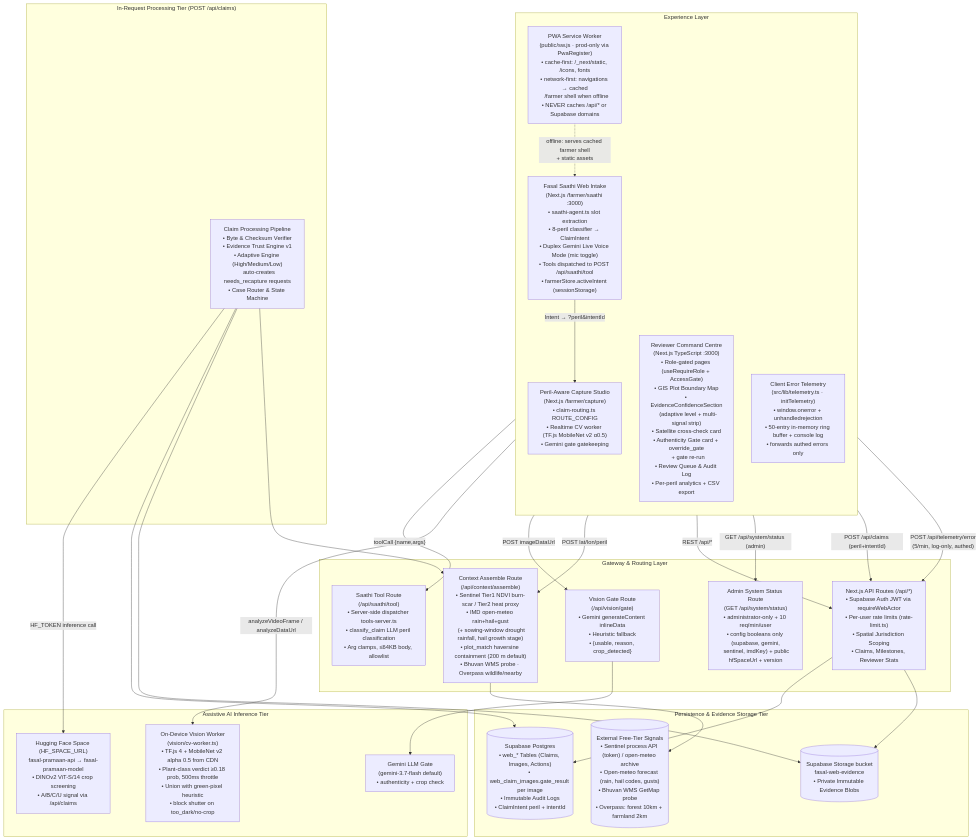
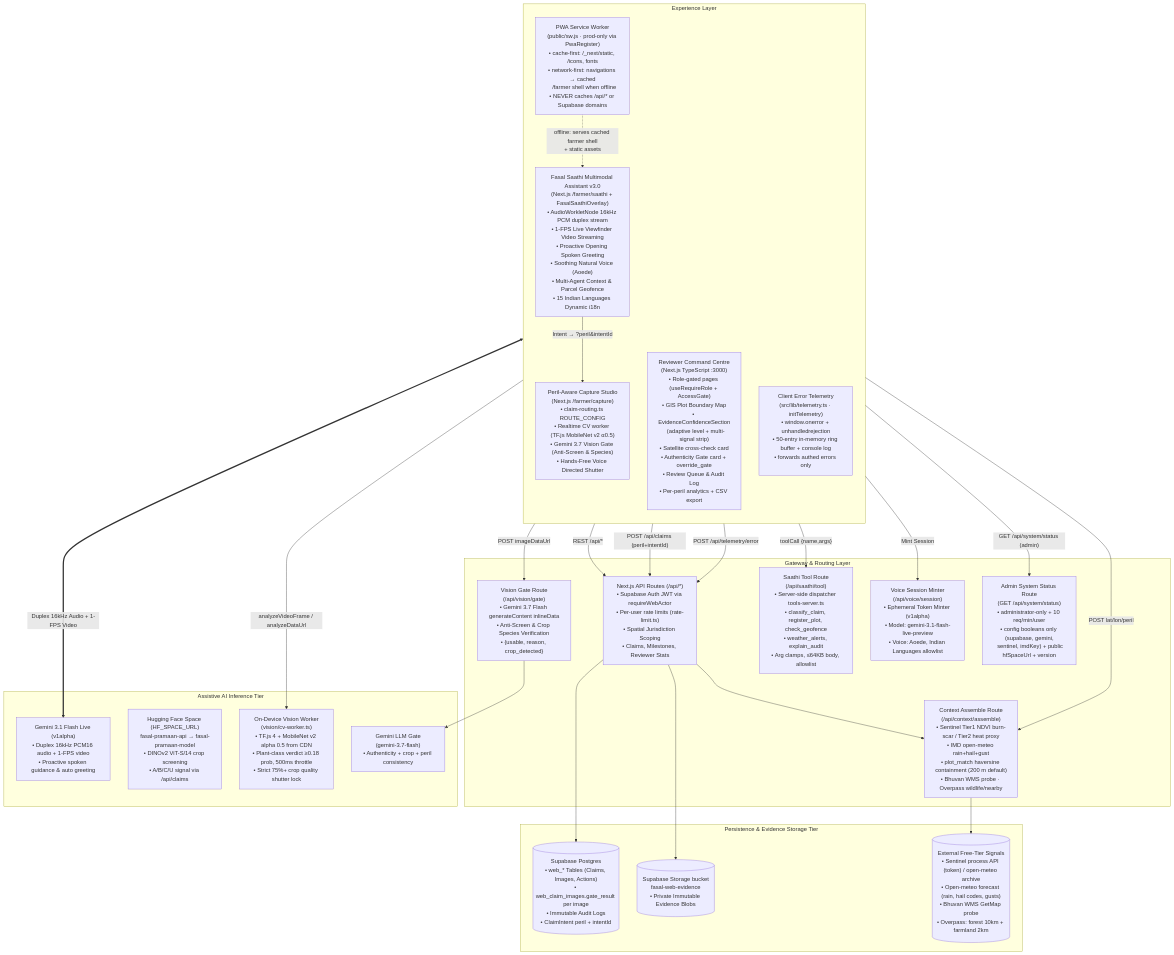
One commit to dhrrishitvdeka/Fasal-Pramaan changed the first of 4 diagrams in docs/architecture.md. Above: the diagram before and after it, drawn with Mermaid. The commit also changed 4 other files, not shown here.

Commit message:
docs: update comprehensive architecture, API, and demo walkthrough documentation for Fasal Saathi v3.0

````diff
--- a/docs/architecture.md
+++ b/docs/architecture.md
@@ -9,55 +9,52 @@
 ```mermaid
 flowchart TB
   subgraph ExperienceLayer["Experience Layer"]
     direction TB
-    SaathiWeb["Fasal Saathi Web Intake\n(Next.js /farmer/saathi :3000)\n• saathi-agent.ts slot extraction\n• 8-peril classifier → ClaimIntent\n• Duplex Gemini Live Voice Mode (mic toggle)\n• Tools dispatched to POST /api/saathi/tool\n• farmerStore.activeIntent (sessionStorage)"]
-    CaptureWeb["Peril-Aware Capture Studio\n(Next.js /farmer/capture)\n• claim-routing.ts ROUTE_CONFIG\n• Realtime CV worker (TF.js MobileNet v2 α0.5)\n• Gemini gate gatekeeping"]
-    Dashboard["Reviewer Command Centre\n(Next.js TypeScript :3000)\n• Role-gated pages (useRequireRole + AccessGate)\n• GIS Plot Boundary Map\n• EvidenceConfidenceSection\n  (adaptive level + multi-signal strip)\n• Satellite cross-check card\n• Authenticity Gate card + override_gate\n  + gate re-run\n• Review Queue & Audit Log\n• Per-peril analytics + CSV export"]
+    SaathiWeb["Fasal Saathi Multimodal Assistant v3.0\n(Next.js /farmer/saathi + FasalSaathiOverlay)\n• AudioWorkletNode 16kHz PCM duplex stream\n• 1-FPS Live Viewfinder Video Streaming\n• Proactive Opening Spoken Greeting\n• Soothing Natural Voice (Aoede)\n• Multi-Agent Context & Parcel Geofence\n• 15 Indian Languages Dynamic i18n"]
+    CaptureWeb["Peril-Aware Capture Studio\n(Next.js /farmer/capture)\n• claim-routing.ts ROUTE_CONFIG\n• Realtime CV worker (TF.js MobileNet v2 α0.5)\n• Gemini 3.7 Vision Gate (Anti-Screen & Species)\n• Hands-Free Voice Directed Shutter"]
+    Dashboard["Reviewer Command Centre\n(Next.js TypeScript :3000)\n• Role-gated pages (useRequireRole + AccessGate)\n• GIS Plot Boundary Map\n• EvidenceConfidenceSection\n  (adaptive level + multi-signal strip)\n• Satellite cross-check card\n• Authenticity Gate card + override_gate\n• Review Queue & Audit Log\n• Per-peril analytics + CSV export"]
     TelemetryPath["Client Error Telemetry\n(src/lib/telemetry.ts · initTelemetry)\n• window.onerror + unhandledrejection\n• 50-entry in-memory ring buffer + console log\n• forwards authed errors only"]
     PwaShell["PWA Service Worker\n(public/sw.js · prod-only via PwaRegister)\n• cache-first: /_next/static, /icons, fonts\n• network-first: navigations → cached\n  /farmer shell when offline\n• NEVER caches /api/* or Supabase domains"]
   end
 
   subgraph GatewayLayer["Gateway & Routing Layer"]
     API["Next.js API Routes (/api/*)\n• Supabase Auth JWT via requireWebActor\n• Per-user rate limits (rate-limit.ts)\n• Spatial Jurisdiction Scoping\n• Claims, Milestones, Reviewer Stats"]
-    VisionGate["Vision Gate Route\n(/api/vision/gate)\n• Gemini generateContent inlineData\n• Heuristic fallback\n• {usable, reason, crop_detected}"]
-    SaathiTool["Saathi Tool Route\n(/api/saathi/tool)\n• Server-side dispatcher tools-server.ts\n• classify_claim LLM peril classification\n• Arg clamps, ≤64KB body, allowlist"]
-    ContextAssemble["Context Assemble Route\n(/api/context/assemble)\n• Sentinel Tier1 NDVI burn-scar / Tier2 heat proxy\n• IMD open-meteo rain+hail+gust\n  (+ sowing-window drought rainfall, hail growth stage)\n• plot_match haversine containment (200 m default)\n• Bhuvan WMS probe · Overpass wildlife/nearby"]
+    VisionGate["Vision Gate Route\n(/api/vision/gate)\n• Gemini 3.7 Flash generateContent inlineData\n• Anti-Screen & Crop Species Verification\n• {usable, reason, crop_detected}"]
+    SaathiTool["Saathi Tool Route\n(/api/saathi/tool)\n• Server-side dispatcher tools-server.ts\n• classify_claim, register_plot, check_geofence\n• weather_alerts, explain_audit\n• Arg clamps, ≤64KB body, allowlist"]
+    VoiceSession["Voice Session Minter\n(/api/voice/session)\n• Ephemeral Token Minter (v1alpha)\n• Model: gemini-3.1-flash-live-preview\n• Voice: Aoede, Indian Languages allowlist"]
+    ContextAssemble["Context Assemble Route\n(/api/context/assemble)\n• Sentinel Tier1 NDVI burn-scar / Tier2 heat proxy\n• IMD open-meteo rain+hail+gust\n• plot_match haversine containment (200 m default)\n• Bhuvan WMS probe · Overpass wildlife/nearby"]
     SystemStatus["Admin System Status Route\n(GET /api/system/status)\n• administrator-only + 10 req/min/user\n• config booleans only (supabase, gemini,\n  sentinel, imdKey) + public hfSpaceUrl + version"]
   end
 
-  subgraph InRequestProcessing["In-Request Processing Tier (POST /api/claims)"]
-    Pipeline["Claim Processing Pipeline\n• Byte & Checksum Verifier\n• Evidence Trust Engine v1\n• Adaptive Engine (High/Medium/Low)\n   auto-creates needs_recapture requests\n• Case Router & State Machine"]
-  end
-
   subgraph AIServiceTier["Assistive AI Inference Tier"]
+    GeminiLive["Gemini 3.1 Flash Live (v1alpha)\n• Duplex 16kHz PCM16 audio + 1-FPS video\n• Proactive spoken guidance & auto greeting"]
     HF["Hugging Face Space (HF_SPACE_URL)\nfasal-pramaan-api → fasal-pramaan-model\n• DINOv2 ViT-S/14 crop screening\n• A/B/C/U signal via /api/claims"]
-    OnDeviceCV["On-Device Vision Worker\n(vision/cv-worker.ts)\n• TF.js 4 + MobileNet v2 alpha 0.5 from CDN\n• Plant-class verdict ≥0.18 prob, 500ms throttle\n• Union with green-pixel heuristic\n• block shutter on too_dark/no-crop"]
-    GeminiLLM["Gemini LLM Gate\n(gemini-3.7-flash default)\n• authenticity + crop check"]
+    OnDeviceCV["On-Device Vision Worker\n(vision/cv-worker.ts)\n• TF.js 4 + MobileNet v2 alpha 0.5 from CDN\n• Plant-class verdict ≥0.18 prob, 500ms throttle\n• Strict 75%+ crop quality shutter lock"]
+    GeminiLLM["Gemini LLM Gate\n(gemini-3.7-flash)\n• Authenticity + crop + peril consistency"]
   end
 
   subgraph StorageTier["Persistence & Evidence Storage Tier"]
     Postgres[("Supabase Postgres\n• web_* Tables (Claims, Images, Actions)\n• web_claim_images.gate_result per image\n• Immutable Audit Logs\n• ClaimIntent peril + intentId")]
     Storage[("Supabase Storage bucket\nfasal-web-evidence\n• Private Immutable Evidence Blobs")]
     ExternalSignals[("External Free-Tier Signals\n• Sentinel process API (token) / open-meteo archive\n• Open-meteo forecast (rain, hail codes, gusts)\n• Bhuvan WMS GetMap probe\n• Overpass: forest 10km + farmland 2km")]
   end
 
+  SaathiWeb <== "Duplex 16kHz Audio + 1-FPS Video" ==> GeminiLive
+  SaathiWeb -->|"Mint Session"| VoiceSession
   SaathiWeb -->|"Intent → ?peril&intentId"| CaptureWeb
   SaathiWeb -->|"toolCall {name,args}"| SaathiTool
   CaptureWeb -->|"analyzeVideoFrame / analyzeDataUrl"| OnDeviceCV
   CaptureWeb -->|"POST imageDataUrl"| VisionGate
   VisionGate --> GeminiLLM
   CaptureWeb -->|"POST lat/lon/peril"| ContextAssemble
   ContextAssemble --> ExternalSignals
   Dashboard -->|"REST /api/*"| API
   Dashboard -->|"GET /api/system/status (admin)"| SystemStatus
   CaptureWeb -->|"POST /api/claims (peril+intentId)"| API
   PwaShell -.->|"offline: serves cached farmer shell\n+ static assets"| SaathiWeb
-  TelemetryPath -->|"POST /api/telemetry/error\n(5/min, log-only, authed)"| API
+  TelemetryPath -->|"POST /api/telemetry/error"| API
 
   API --> Postgres
   API --> Storage
-  Pipeline -->|"HF_TOKEN inference call"| HF
-  Pipeline --> Postgres
-  Pipeline --> Storage
-  Pipeline --> ContextAssemble
+  API --> ContextAssemble
 ```
````
